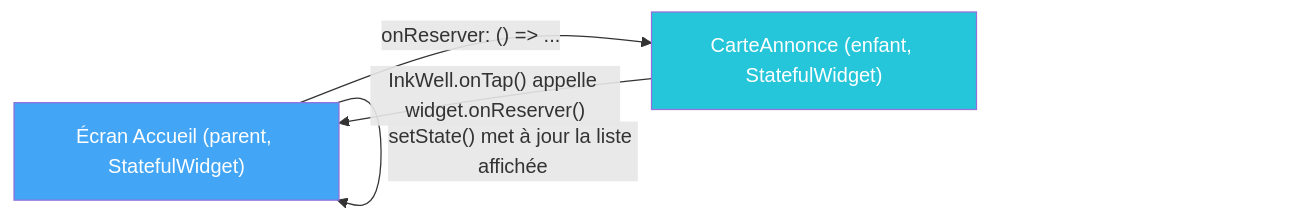
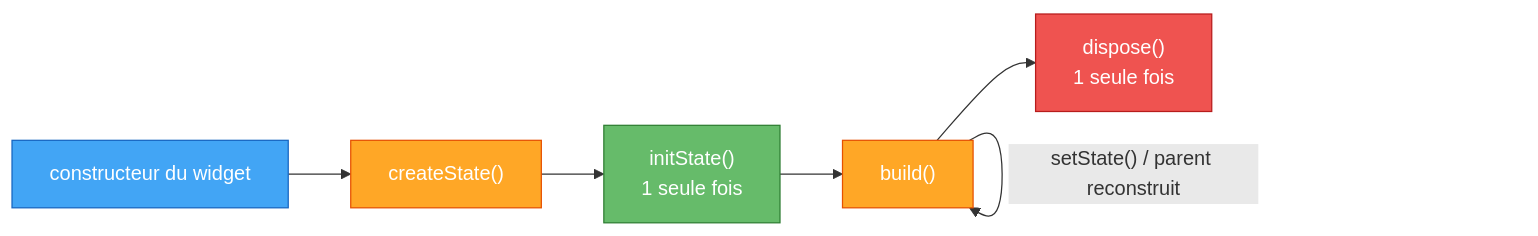
One commit to hajjiBel/flutter_2026 changed the second of 2 diagrams in TP4_Stateful_Listes.md. Above: the diagram before and after it, drawn with Mermaid. The commit also changed other lines of this file, not shown here.

````diff
--- a/TP4_Stateful_Listes.md
+++ b/TP4_Stateful_Listes.md
@@ -36,9 +109,13 @@
 ```mermaid
 flowchart LR
-    A["Écran Accueil (parent, StatefulWidget)"] -- "onReserver: () => ..." --> B["CarteAnnonce (enfant, StatefulWidget)"]
-    B -- "InkWell.onTap() appelle widget.onReserver()" --> A
-    A -- "setState() met à jour la liste affichée" --> A
+    C["constructeur du widget"]:::stateless --> CS["createState()"]:::stateful
+    CS --> I["initState()<br/>1 seule fois"]:::state
+    I --> B["build()"]:::stateful
+    B -->|"setState() / parent reconstruit"| B
+    B --> D["dispose()<br/>1 seule fois"]:::danger
 
-    style A fill:#42a5f5,color:#fff
-    style B fill:#26c6da,color:#fff
+    classDef stateless fill:#42a5f5,stroke:#1565c0,color:#fff
+    classDef stateful fill:#ffa726,stroke:#e65100,color:#fff
+    classDef state fill:#66bb6a,stroke:#2e7d32,color:#fff
+    classDef danger fill:#ef5350,stroke:#b71c1c,color:#fff
 ```
````
